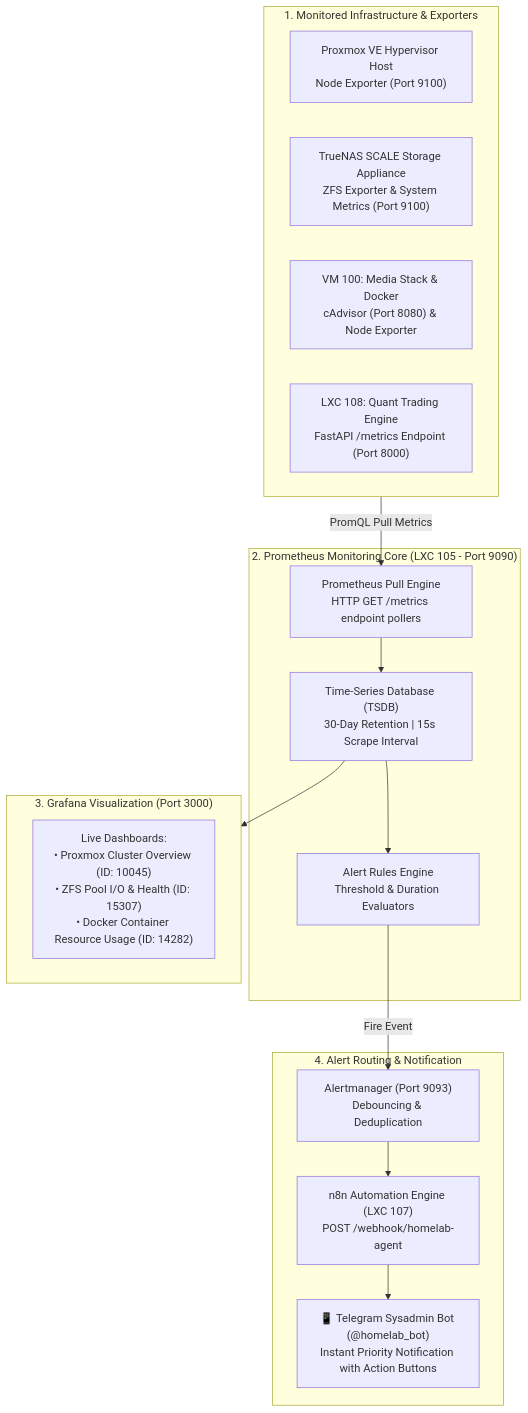
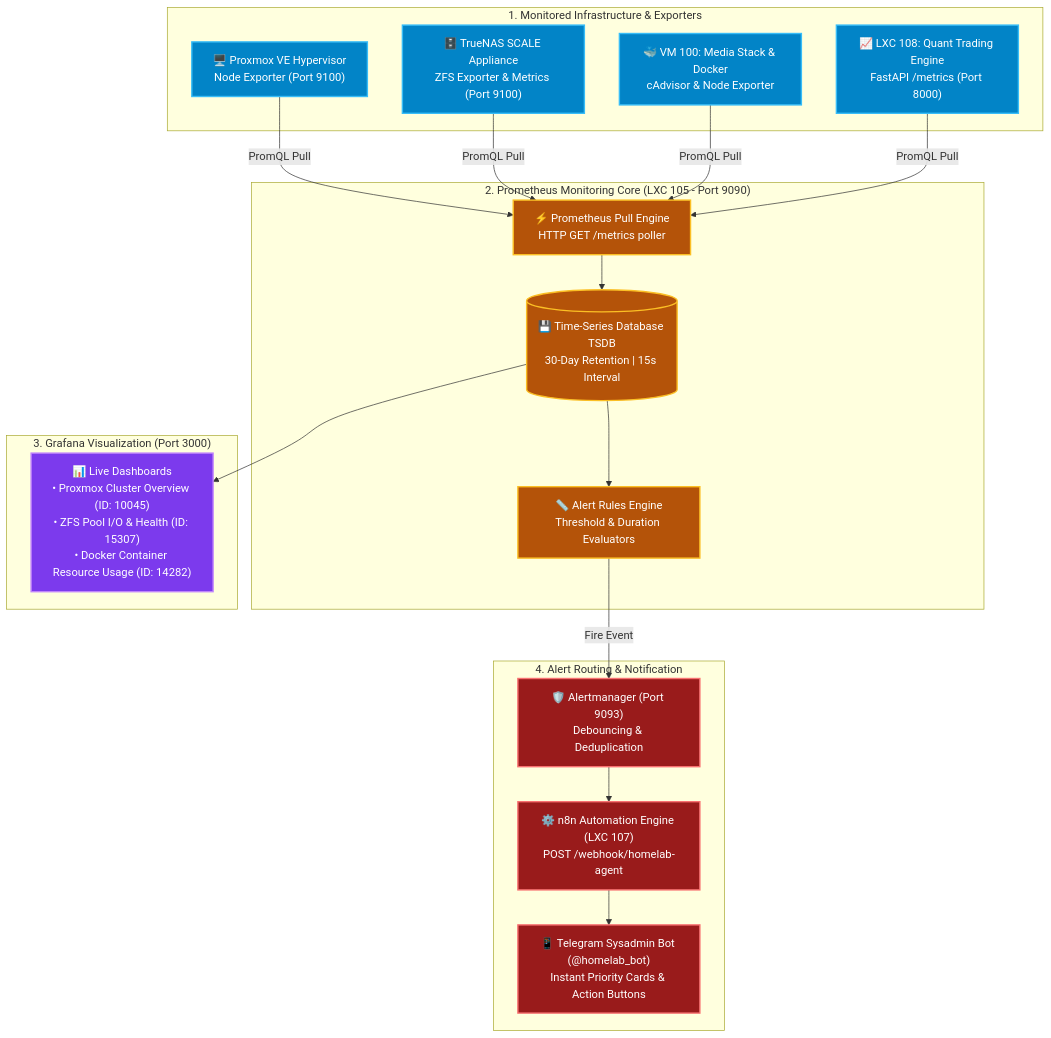
One commit to nishilshah/homelab-blueprints changed the diagram in services/monitoring-prometheus-grafana/README.md. Above: the diagram before and after it, drawn with Mermaid. The commit also changed 14 other files, not shown here.

Commit message:
fix(docs): resolve GitHub Mermaid rendering errors and add vibrant color themes across all diagrams

````diff
--- a/services/monitoring-prometheus-grafana/README.md
+++ b/services/monitoring-prometheus-grafana/README.md
@@ -27,34 +27,44 @@
 ```mermaid
 flowchart TD
+    classDef target fill:#0284c7,stroke:#38bdf8,stroke-width:2px,color:#ffffff;
+    classDef prom fill:#b45309,stroke:#fbbf24,stroke-width:2px,color:#ffffff;
+    classDef grafana fill:#7c3aed,stroke:#c084fc,stroke-width:2px,color:#ffffff;
+    classDef alert fill:#991b1b,stroke:#f87171,stroke-width:2px,color:#ffffff;
+
     subgraph Targets ["1. Monitored Infrastructure & Exporters"]
-        PVE["Proxmox VE Hypervisor Host<br/>Node Exporter (Port 9100)"]
-        NAS["TrueNAS SCALE Storage Appliance<br/>ZFS Exporter & System Metrics (Port 9100)"]
-        DockerVM["VM 100: Media Stack & Docker<br/>cAdvisor (Port 8080) & Node Exporter"]
-        Trading["LXC 108: Quant Trading Engine<br/>FastAPI /metrics Endpoint (Port 8000)"]
+        PVE["🖥️ Proxmox VE Hypervisor<br/>Node Exporter (Port 9100)"]:::target
+        NAS["🗄️ TrueNAS SCALE Appliance<br/>ZFS Exporter & Metrics (Port 9100)"]:::target
+        DockerVM["🐳 VM 100: Media Stack & Docker<br/>cAdvisor & Node Exporter"]:::target
+        Trading["📈 LXC 108: Quant Trading Engine<br/>FastAPI /metrics (Port 8000)"]:::target
     end
 
     subgraph PrometheusCore ["2. Prometheus Monitoring Core (LXC 105 - Port 9090)"]
-        TSDB["Time-Series Database (TSDB)<br/>30-Day Retention | 15s Scrape Interval"]
-        ScrapeEngine["Prometheus Pull Engine<br/>HTTP GET /metrics endpoint pollers"]
-        Rules["Alert Rules Engine<br/>Threshold & Duration Evaluators"]
+        ScrapeEngine["⚡ Prometheus Pull Engine<br/>HTTP GET /metrics poller"]:::prom
+        TSDB[("💾 Time-Series Database TSDB<br/>30-Day Retention | 15s Interval")]:::prom
+        Rules["📏 Alert Rules Engine<br/>Threshold & Duration Evaluators"]:::prom
         
         ScrapeEngine --> TSDB
         TSDB --> Rules
     end
 
-    Targets -->|PromQL Pull Metrics| ScrapeEngine
+    PVE -->|PromQL Pull| ScrapeEngine
+    NAS -->|PromQL Pull| ScrapeEngine
+    DockerVM -->|PromQL Pull| ScrapeEngine
+    Trading -->|PromQL Pull| ScrapeEngine
 
     subgraph Visualization ["3. Grafana Visualization (Port 3000)"]
-        Dashboards["Live Dashboards:<br/>• Proxmox Cluster Overview (ID: 10045)<br/>• ZFS Pool I/O & Health (ID: 15307)<br/>• Docker Container Resource Usage (ID: 14282)"]
+        Dashboards["📊 Live Dashboards<br/>• Proxmox Cluster Overview (ID: 10045)<br/>• ZFS Pool I/O & Health (ID: 15307)<br/>• Docker Container Resource Usage (ID: 14282)"]:::grafana
     end
 
-    TSDB --> Visualization
+    TSDB --> Dashboards
 
     subgraph AlertPipeline ["4. Alert Routing & Notification"]
-        AM["Alertmanager (Port 9093)<br/>Debouncing & Deduplication"]
-        n8n["n8n Automation Engine (LXC 107)<br/>POST /webhook/homelab-agent"]
-        Telegram["📱 Telegram Sysadmin Bot (@homelab_bot)<br/>Instant Priority Notification with Action Buttons"]
+        AM["🛡️ Alertmanager (Port 9093)<br/>Debouncing & Deduplication"]:::alert
+        n8n["⚙️ n8n Automation Engine (LXC 107)<br/>POST /webhook/homelab-agent"]:::alert
+        Telegram["📱 Telegram Sysadmin Bot (@homelab_bot)<br/>Instant Priority Cards & Action Buttons"]:::alert
         
-        Rules -->|Fire Event| AM --> n8n --> Telegram
+        Rules -->|Fire Event| AM
+        AM --> n8n
+        n8n --> Telegram
     end
 ```
````
